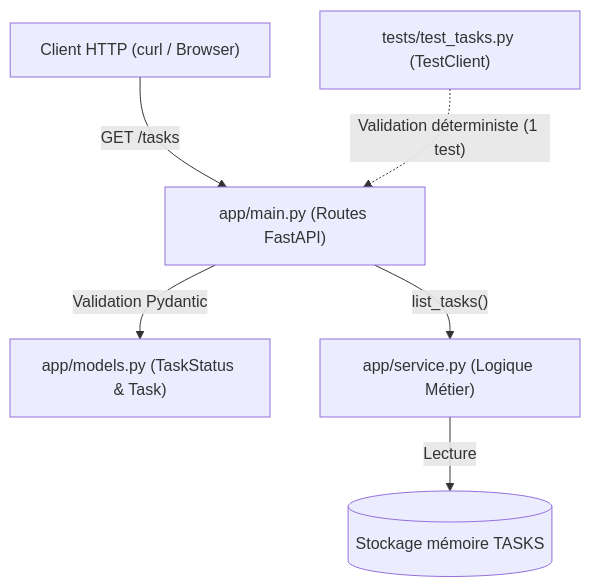
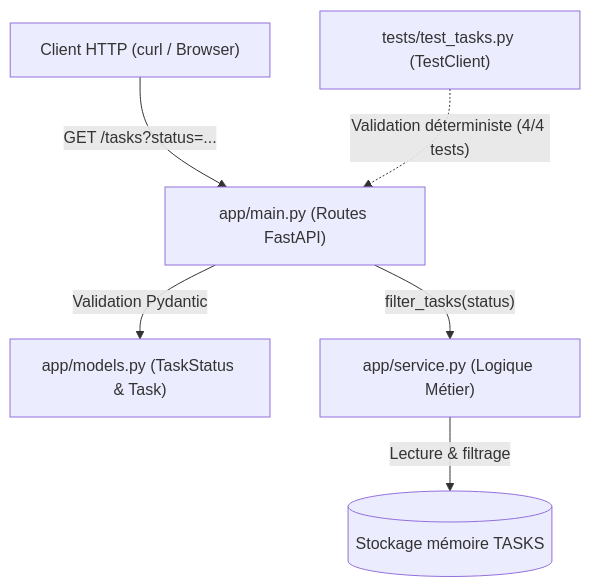
Before and after one commit to waewoo/ai-augmented-development-demo: the diagram in docs/demo-steps/step-3/docs/ARCHITECTURE.md, drawn with Mermaid. The commit also changed other lines of this file and 39 other files, not shown here.

````diff
--- a/docs/demo-steps/step-3/docs/ARCHITECTURE.md
+++ b/docs/demo-steps/step-3/docs/ARCHITECTURE.md
@@ -11,8 +11,8 @@
 ```mermaid
 graph TD
-    Client["Client HTTP (curl / Browser)"] -->|"GET /tasks"| API["app/main.py (Routes FastAPI)"]
+    Client["Client HTTP (curl / Browser)"] -->|"GET /tasks?status=..."| API["app/main.py (Routes FastAPI)"]
     API -->|"Validation Pydantic"| Models["app/models.py (TaskStatus & Task)"]
-    API -->|"list_tasks()"| Service["app/service.py (Logique Métier)"]
-    Service -->|"Lecture"| Memory[("Stockage mémoire TASKS")]
-    Tests["tests/test_tasks.py (TestClient)"] -.->|"Validation déterministe (1 test)"| API
+    API -->|"filter_tasks(status)"| Service["app/service.py (Logique Métier)"]
+    Service -->|"Lecture & filtrage"| Memory[("Stockage mémoire TASKS")]
+    Tests["tests/test_tasks.py (TestClient)"] -.->|"Validation déterministe (4/4 tests)"| API
 ```
````
